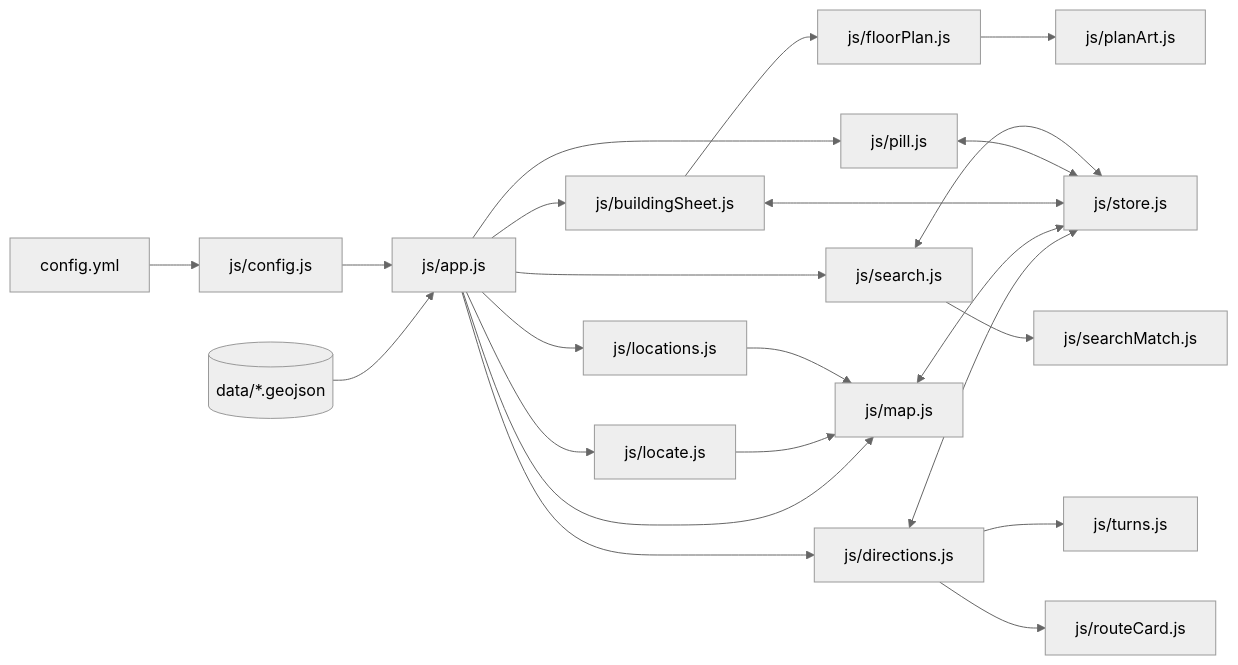
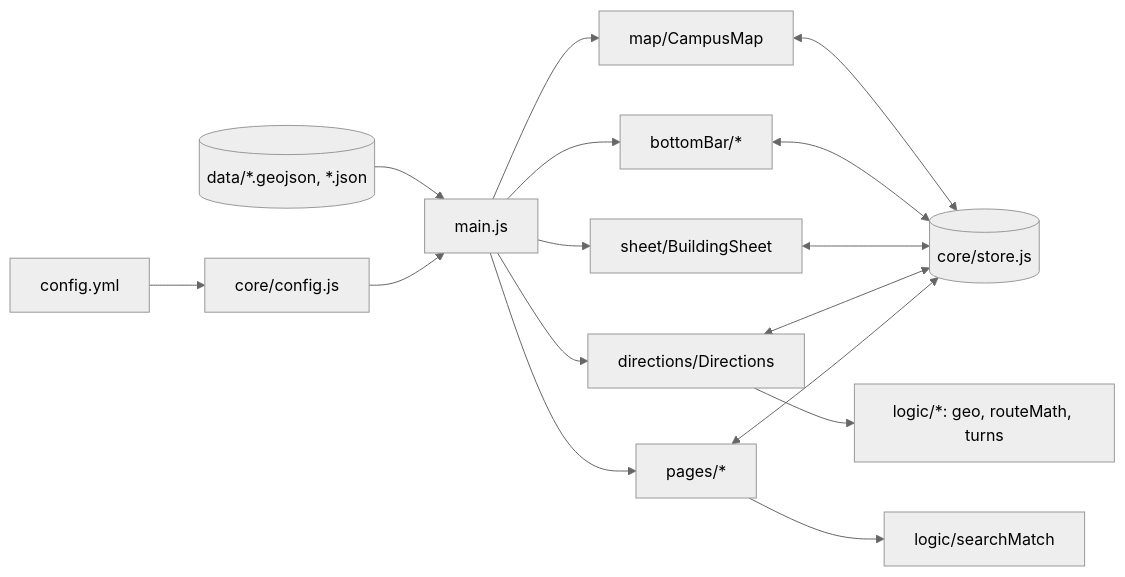
One commit to Cloxeer/BMEPMNDYTest changed the diagram in docs/ARCHITECTURE.md. Above: the diagram before and after it, drawn with Mermaid (neutral theme). The commit also changed other lines of this file and 98 other files, not shown here.

````diff
--- a/docs/ARCHITECTURE.md
+++ b/docs/ARCHITECTURE.md
@@ -9,25 +9,19 @@
 ```mermaid
 flowchart LR
-    yml[config.yml] --> config[js/config.js]
-    data[(data/*.geojson)] --> app[js/app.js]
-    config --> app
-    app --> map[js/map.js]
-    app --> sheet[js/buildingSheet.js]
-    app --> pill[js/pill.js]
-    app --> search[js/search.js]
-    app --> locations[js/locations.js]
-    app --> locate[js/locate.js]
-    locate --> map
-    app --> directions[js/directions.js]
+    yml[config.yml] --> config[core/config.js]
+    data[(data/*.geojson, *.json)] --> main[main.js]
+    config --> main
+    main --> map[map/CampusMap]
+    main --> bar[bottomBar/*]
+    main --> sheet[sheet/BuildingSheet]
+    main --> directions[directions/Directions]
+    main --> pages[pages/*]
+    store[(core/store.js)]
+    map <--> store
+    bar <--> store
+    sheet <--> store
     directions <--> store
-    directions --> turns[js/turns.js]
-    directions --> card[js/routeCard.js]
-    sheet --> floorplan[js/floorPlan.js]
-    floorplan --> art[js/planArt.js]
-    search --> match[js/searchMatch.js]
-    map <--> store[js/store.js]
-    sheet <--> store
-    pill <--> store
-    search <--> store
-    locations --> map
+    pages <--> store
+    directions --> logic[logic/*: geo, routeMath, turns]
+    pages --> search[logic/searchMatch]
 ```
````
